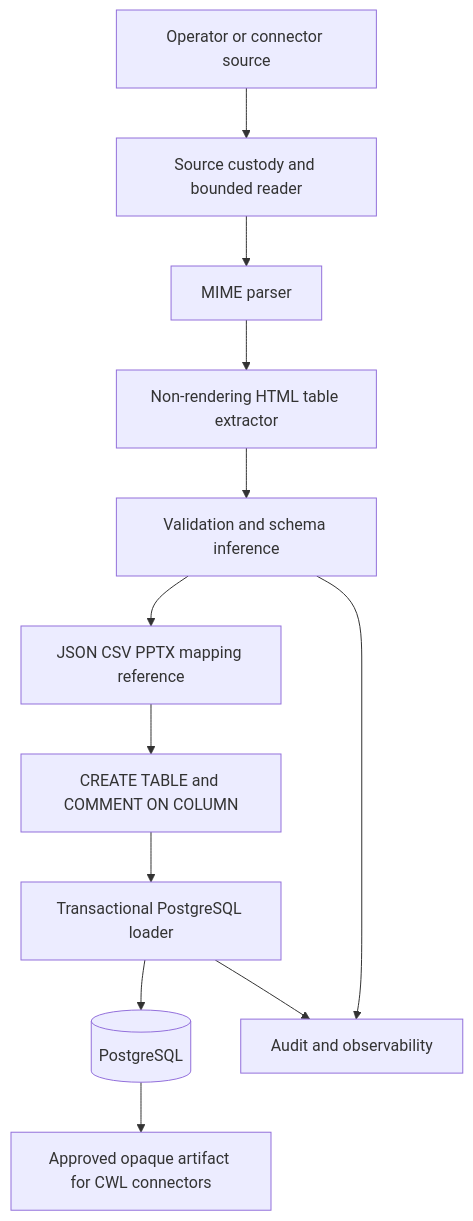
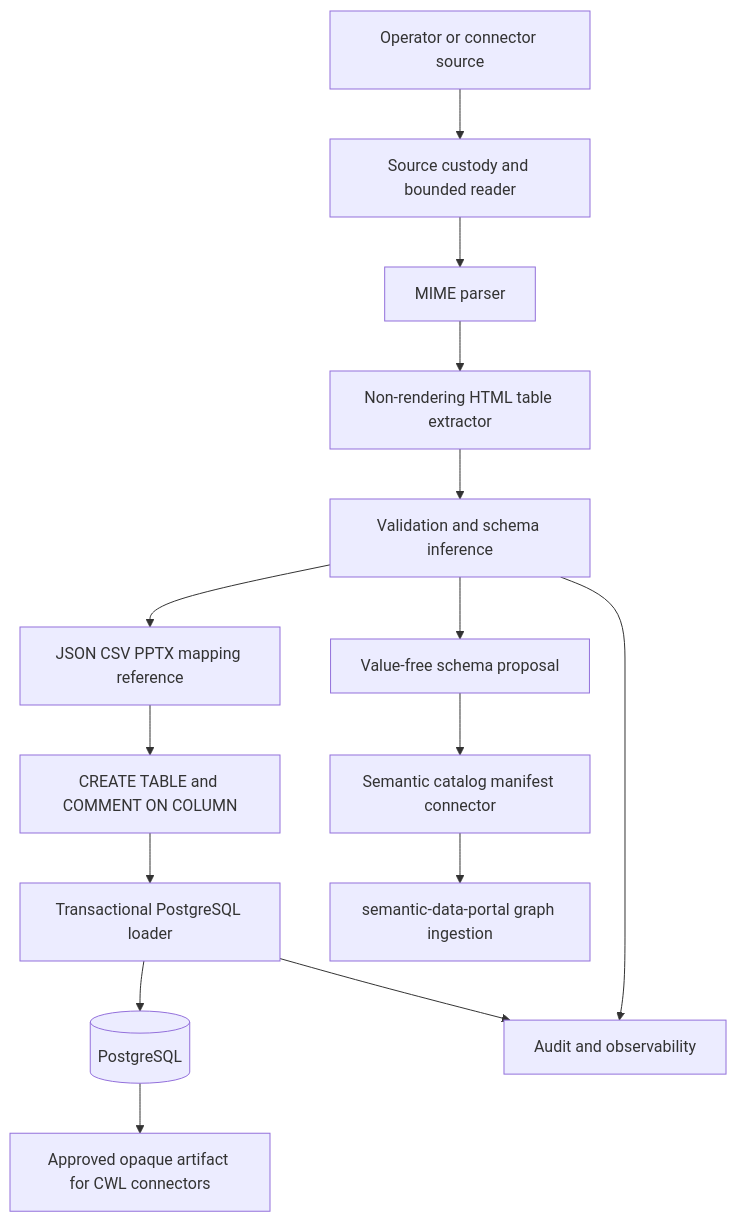
The first of 3 diagrams in docs/ARCHITECTURE.md (ContextualWisdomLab/mhtml-etl-gateway), drawn with Mermaid before and after one commit. The commit also changed other lines of this file and 22 other files, not shown here.

Commit message:
Add value-free semantic catalog connector

````diff
--- a/docs/ARCHITECTURE.md
+++ b/docs/ARCHITECTURE.md
@@ -9,14 +9,17 @@
 ```mermaid
 flowchart TB
     A["Operator or connector source"] --> C["Source custody and bounded reader"]
     C --> M["MIME parser"]
     M --> H["Non-rendering HTML table extractor"]
     H --> V["Validation and schema inference"]
     V --> R["JSON CSV PPTX mapping reference"]
     R --> D["CREATE TABLE and COMMENT ON COLUMN"]
+    V --> SP["Value-free schema proposal"]
+    SP --> SC["Semantic catalog manifest connector"]
     D --> L["Transactional PostgreSQL loader"]
     L --> P[("PostgreSQL")]
     V --> O["Audit and observability"]
     L --> O
+    SC --> SDP["semantic-data-portal graph ingestion"]
     P --> N["Approved opaque artifact for CWL connectors"]
 ```
````
